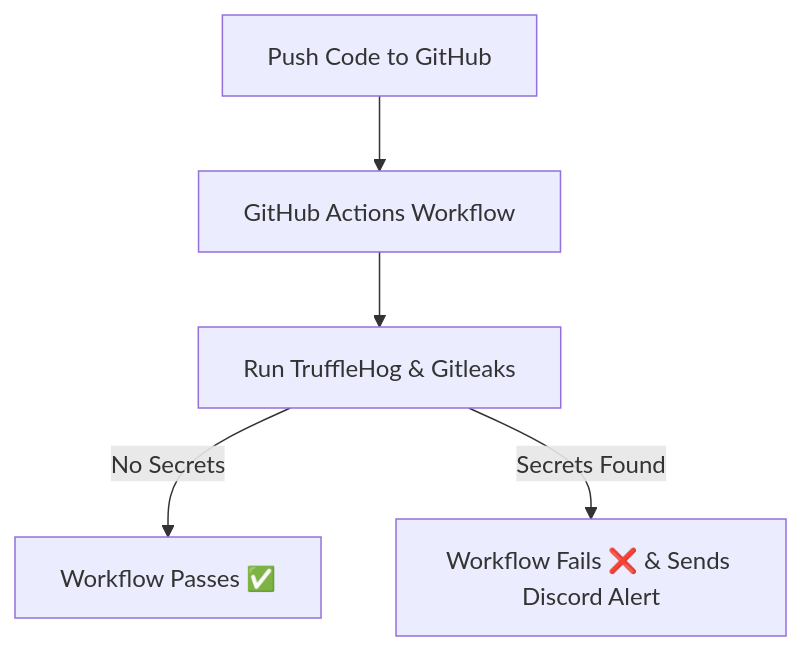
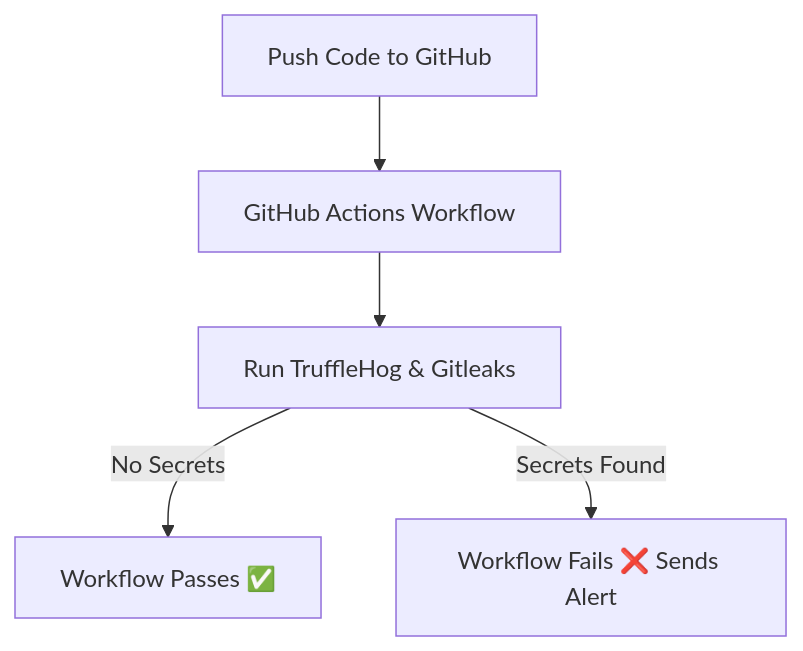
Before and after one commit to aelasmar01/secrets-scanning-demo: the diagram in README.md, drawn with Mermaid.

````diff
--- a/README.md
+++ b/README.md
@@ -41,7 +41,7 @@
 ```mermaid
 graph TD;
   A[Push Code to GitHub] --> B[GitHub Actions Workflow];
   B --> C[Run TruffleHog & Gitleaks];
   C -->|No Secrets| D[Workflow Passes ✅];
-  C -->|Secrets Found| E[Workflow Fails ❌ & Sends Discord Alert];
+  C -->|Secrets Found| E[Workflow Fails ❌ Sends Alert];
 ```
````
